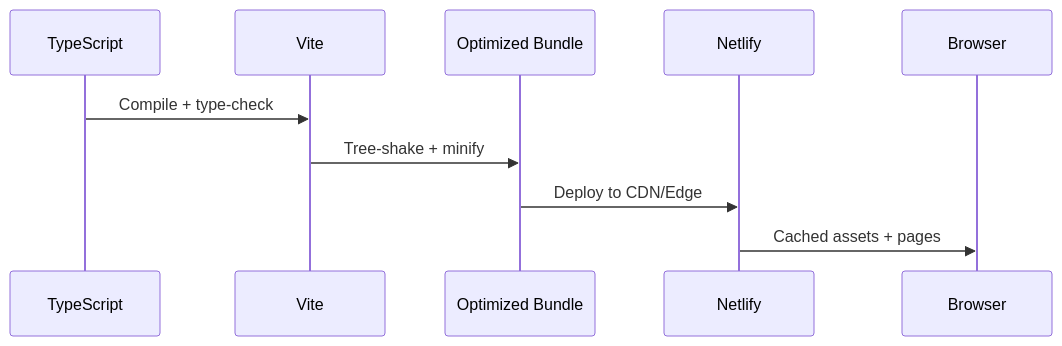
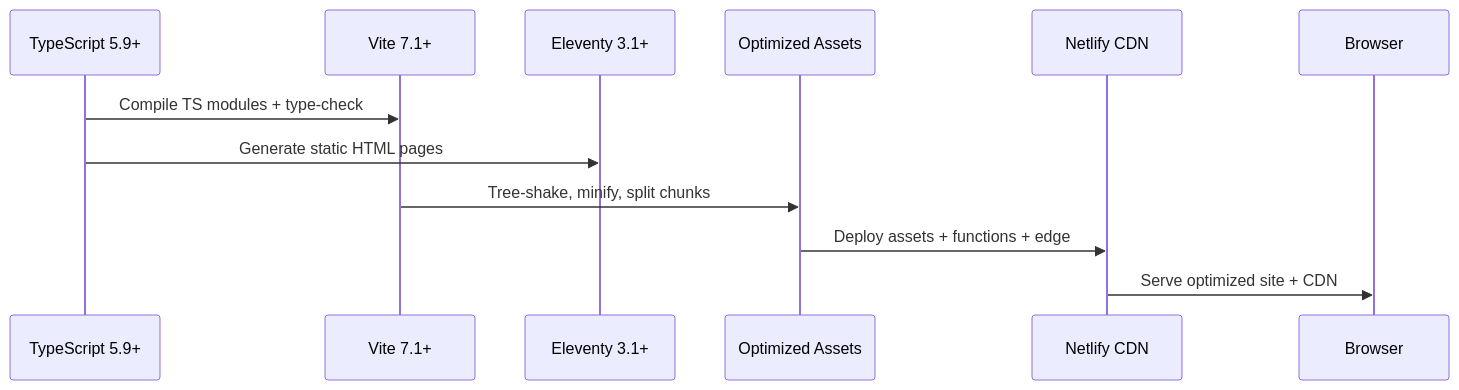
Before and after one commit to Danduartem/cafe_com_vendas_v2: the fourth of 4 diagrams in docs/architecture-overview.md, drawn with Mermaid. The commit also changed other lines of this file and 146 other files, not shown here.

````diff
--- a/docs/architecture-overview.md
+++ b/docs/architecture-overview.md
@@ -122,13 +129,15 @@
 ```mermaid
 sequenceDiagram
-  participant TS as TypeScript
-  participant Vite as Vite
-  participant Bundle as Optimized Bundle
-  participant Edge as Netlify
+  participant TS as TypeScript 5.9+
+  participant Vite as Vite 7.1+
+  participant Eleventy as Eleventy 3.1+
+  participant Bundle as Optimized Assets
+  participant Netlify as Netlify CDN
   participant Browser as Browser
 
-  TS->>Vite: Compile + type‑check
-  Vite->>Bundle: Tree‑shake + minify
-  Bundle->>Edge: Deploy to CDN/Edge
-  Edge->>Browser: Cached assets + pages
+  TS->>Vite: Compile TS modules + type‑check
+  TS->>Eleventy: Generate static HTML pages
+  Vite->>Bundle: Tree‑shake, minify, split chunks
+  Bundle->>Netlify: Deploy assets + functions + edge
+  Netlify->>Browser: Serve optimized site + CDN
 ```
````
